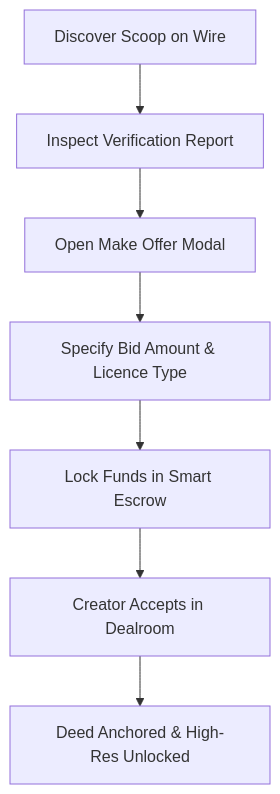
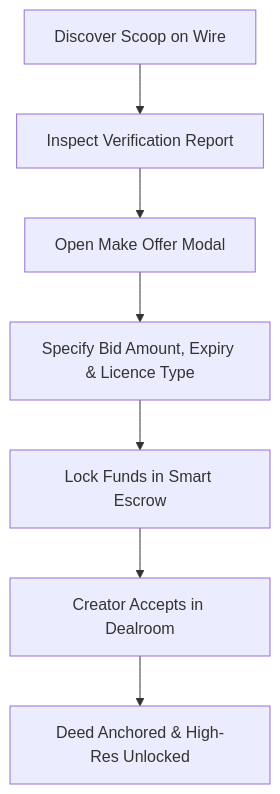
Before and after one commit to NewsCompass/docs: the diagram in terminal/concord-dealroom.mdx, drawn with Mermaid. The commit also changed other lines of this file and 4 other files, not shown here.

````diff
--- a/terminal/concord-dealroom.mdx
+++ b/terminal/concord-dealroom.mdx
@@ -8,9 +8,9 @@
 ```mermaid
 graph TD
     A[Discover Scoop on Wire] --> B[Inspect Verification Report]
     B --> C[Open Make Offer Modal]
-    C --> D[Specify Bid Amount & Licence Type]
+    C --> D[Specify Bid Amount, Expiry & Licence Type]
     D --> E[Lock Funds in Smart Escrow]
     E --> F[Creator Accepts in Dealroom]
     F --> G[Deed Anchored & High-Res Unlocked]
 ```
````
